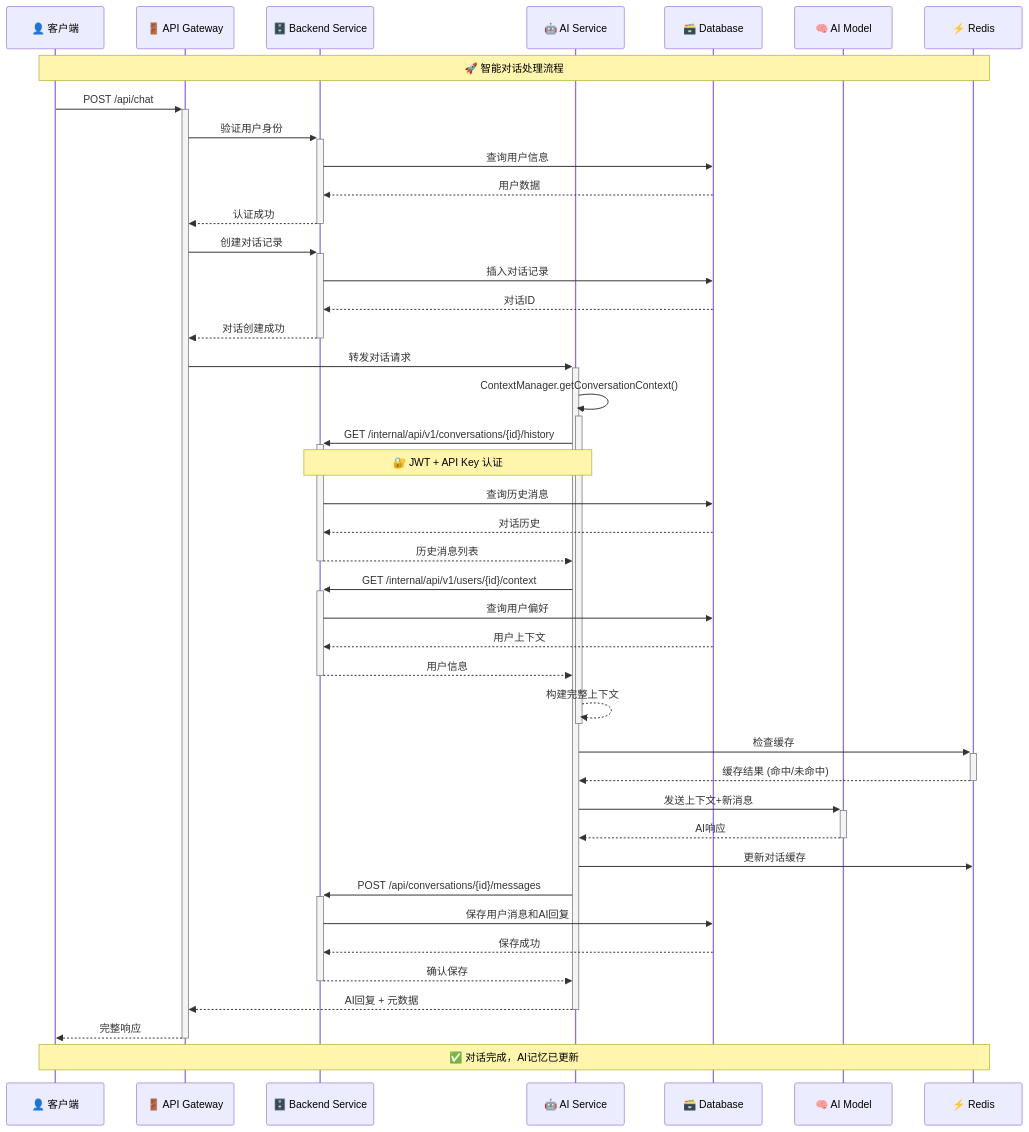
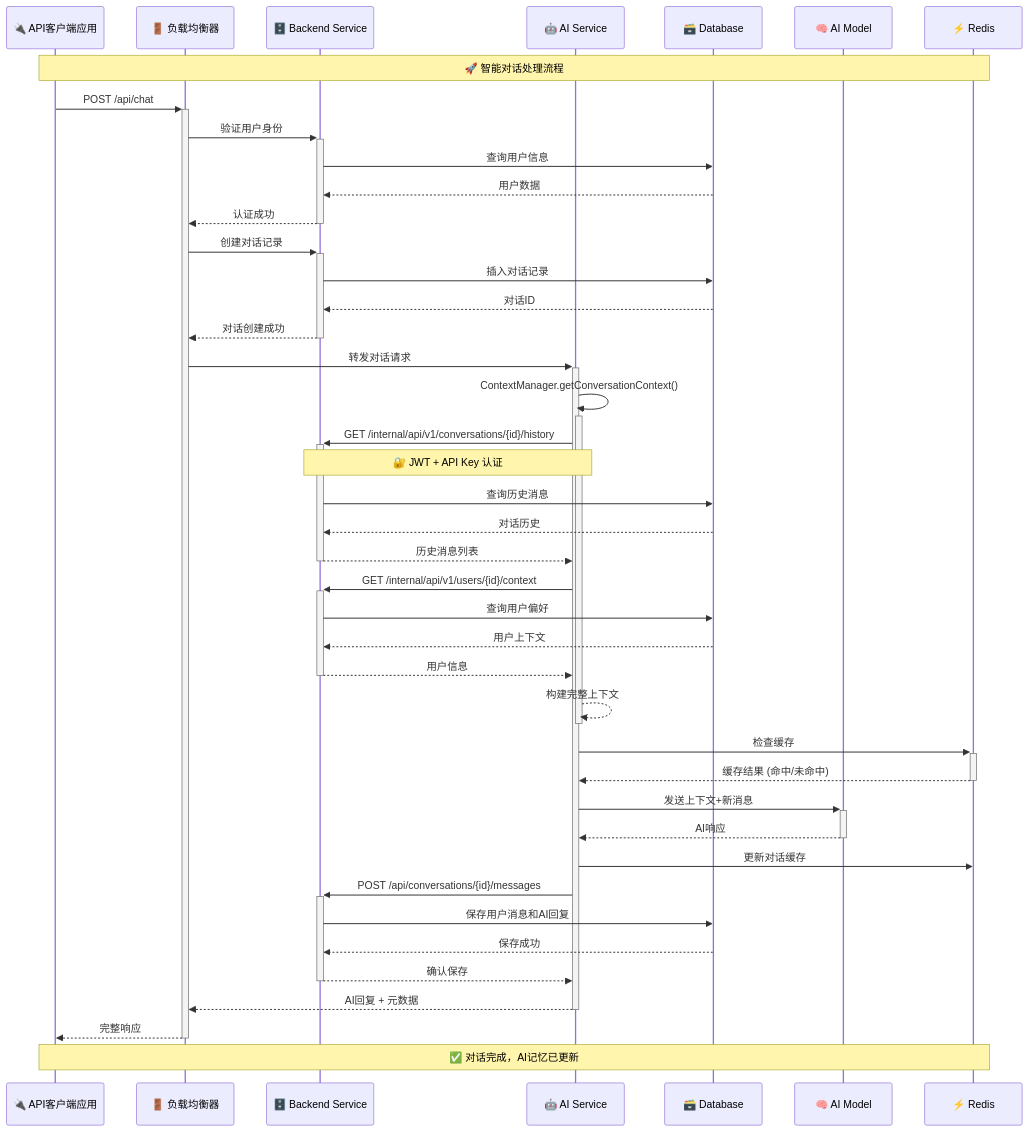
Before and after one commit to hedwig-44/HEARTALK-AI: the second of 5 diagrams in README.md, drawn with Mermaid. The commit also changed other lines of this file and 14 other files, not shown here.

````diff
--- a/README.md
+++ b/README.md
@@ -95,65 +95,65 @@
 ```mermaid
 sequenceDiagram
-    participant C as 👤 客户端
-    participant G as 🚪 API Gateway
+    participant C as 🔌 API客户端应用
+    participant G as 🚪 负载均衡器
     participant B as 🗄️ Backend Service
     participant A as 🤖 AI Service
     participant D as 🗃️ Database
     participant M as 🧠 AI Model
     participant R as ⚡ Redis
     
     Note over C,R: 🚀 智能对话处理流程
     
-    %% 1. 用户发送消息
+    %% 1. API客户端发送请求
     C->>+G: POST /api/chat
     G->>+B: 验证用户身份
     B->>D: 查询用户信息
     D-->>B: 用户数据
     B-->>-G: 认证成功
     
     %% 2. 创建/获取对话
     G->>+B: 创建对话记录
     B->>D: 插入对话记录
     D-->>B: 对话ID
     B-->>-G: 对话创建成功
     
     %% 3. AI服务处理
     G->>+A: 转发对话请求
     
     %% 4. 获取对话上下文 (记忆系统)
     A->>+A: ContextManager.getConversationContext()
     A->>+B: GET /internal/api/v1/conversations/{id}/history
     Note over A,B: 🔐 JWT + API Key 认证
     B->>D: 查询历史消息
     D-->>B: 对话历史
     B-->>-A: 历史消息列表
     
     A->>+B: GET /internal/api/v1/users/{id}/context  
     B->>D: 查询用户偏好
     D-->>B: 用户上下文
     B-->>-A: 用户信息
     A-->>-A: 构建完整上下文
     
     %% 5. 缓存检查
     A->>+R: 检查缓存
     R-->>-A: 缓存结果 (命中/未命中)
     
     %% 6. AI模型调用
     A->>+M: 发送上下文+新消息
     M-->>-A: AI响应
     
     %% 7. 更新缓存
     A->>R: 更新对话缓存
     
     %% 8. 保存消息
     A->>+B: POST /api/conversations/{id}/messages
     B->>D: 保存用户消息和AI回复
     D-->>B: 保存成功
     B-->>-A: 确认保存
     
     %% 9. 返回响应
     A-->>-G: AI回复 + 元数据
     G-->>-C: 完整响应
     
     Note over C,R: ✅ 对话完成，AI记忆已更新
 ```
````
